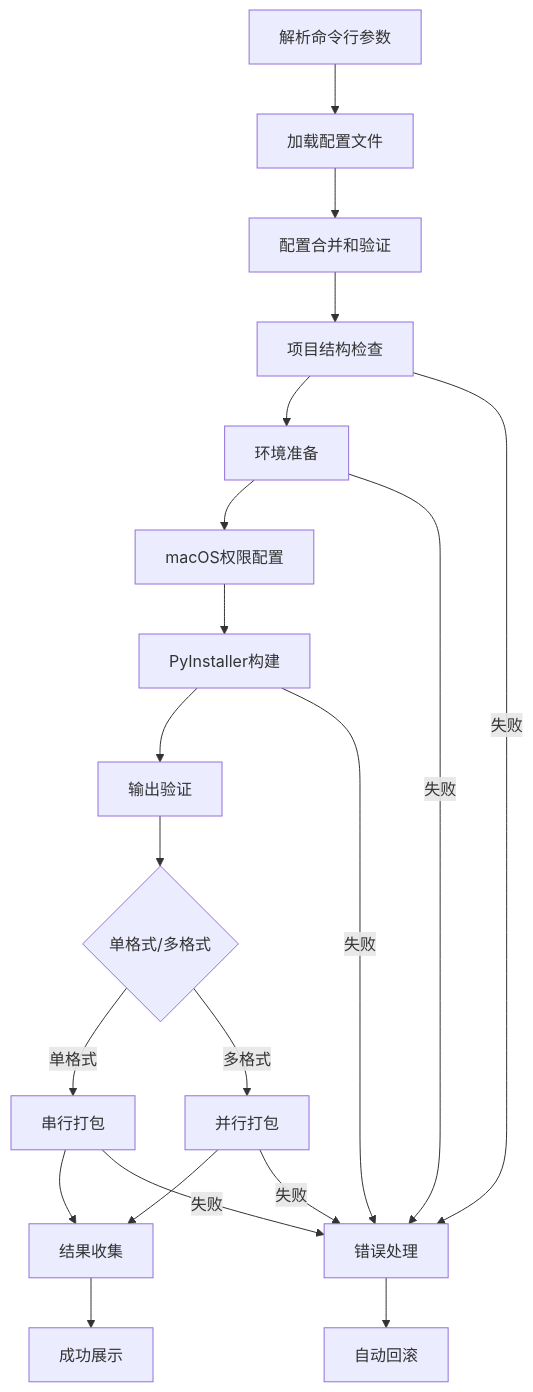
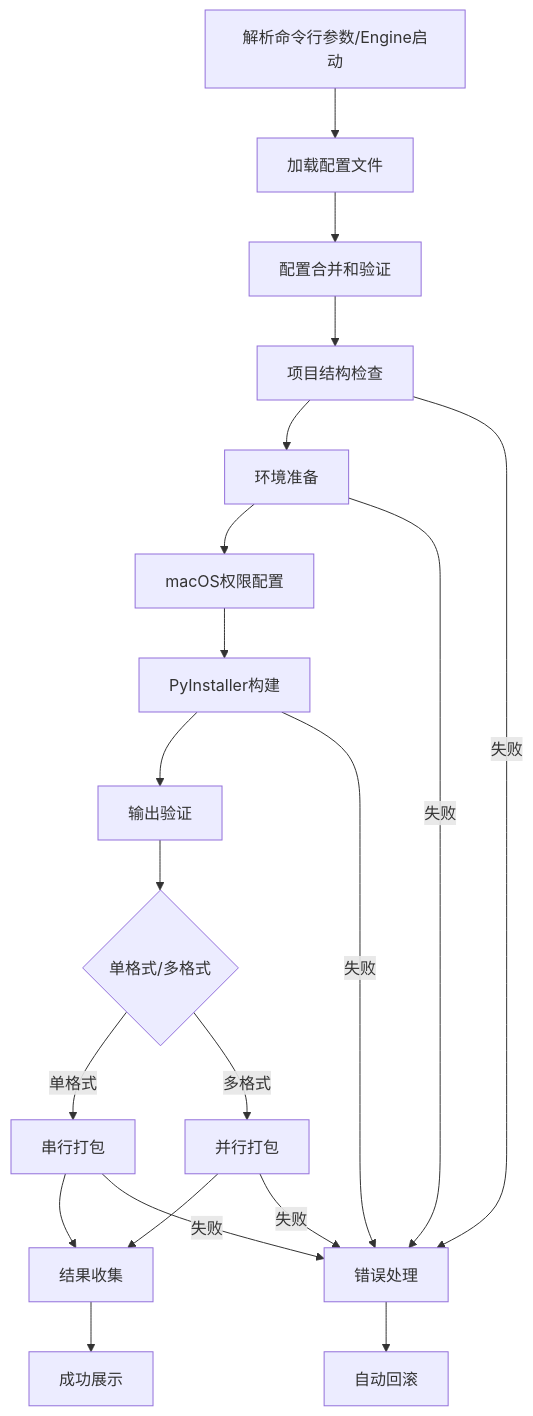
Before and after one commit to huangjunsen0406/UnifyPy: the diagram in 架构设计.md, drawn with Mermaid. The commit also changed other lines of this file and 2 other files, not shown here.

````diff
--- a/架构设计.md
+++ b/架构设计.md
@@ -408,23 +415,23 @@
 ```mermaid
 graph TD
-    A[解析命令行参数] --> B[加载配置文件]
+    A[解析命令行参数/Engine启动] --> B[加载配置文件]
     B --> C[配置合并和验证]
     C --> D[项目结构检查]
     D --> E[环境准备]
     E --> F[macOS权限配置]
     F --> G[PyInstaller构建]
     G --> H[输出验证]
     H --> I{单格式/多格式}
     I -->|单格式| J[串行打包]
     I -->|多格式| K[并行打包]
     J --> L[结果收集]
     K --> L
     L --> M[成功展示]
     
     D -->|失败| N[错误处理]
     E -->|失败| N
     G -->|失败| N
     J -->|失败| N
     K -->|失败| N
     N --> O[自动回滚]
 ```
````
